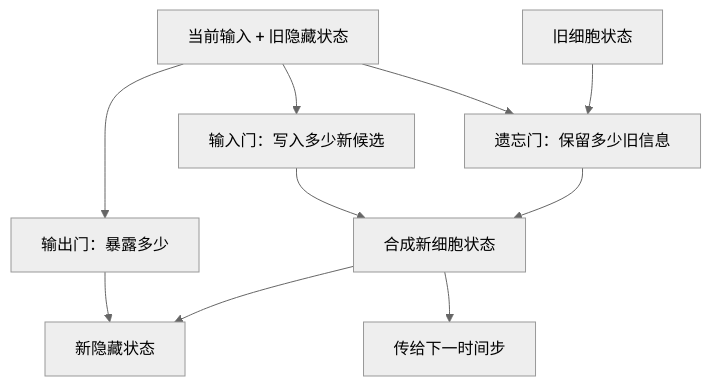
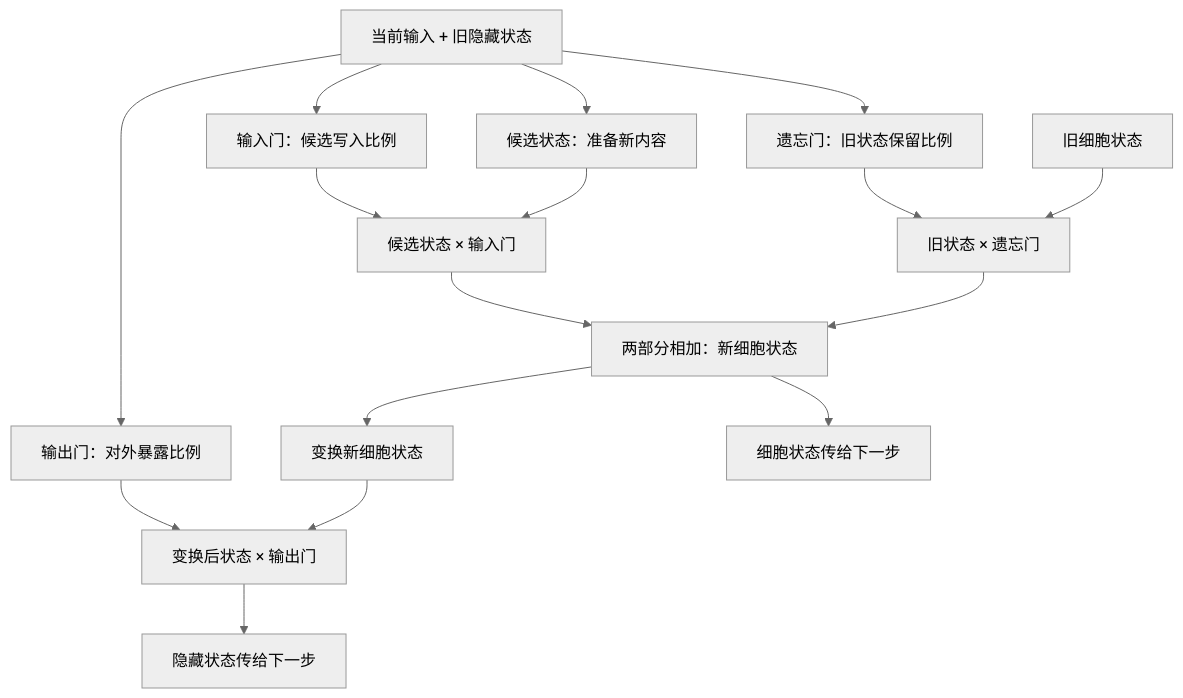
The first of 3 diagrams in course/09-模型算法图解/18-LSTM长短期记忆网络.md (chengzhang0528/LLMTrain), drawn with Mermaid (neutral theme) before and after one commit. The commit also changed other lines of this file and 39 other files, not shown here.

````diff
--- a/course/09-模型算法图解/18-LSTM长短期记忆网络.md
+++ b/course/09-模型算法图解/18-LSTM长短期记忆网络.md
@@ -11,12 +11,18 @@
 ```mermaid
 flowchart TB
-  C0["旧细胞状态"] --> F["遗忘门：保留多少旧信息"]
-  X["当前输入 + 旧隐藏状态"] --> F
-  X --> I["输入门：写入多少新候选"]
-  F --> C1["合成新细胞状态"]
-  I --> C1
-  X --> O["输出门：暴露多少"]
-  C1 --> H1["新隐藏状态"]
+  X["当前输入 + 旧隐藏状态"] --> F["遗忘门：旧状态保留比例"]
+  X --> I["输入门：候选写入比例"]
+  X --> G["候选状态：准备新内容"]
+  C0["旧细胞状态"] --> RF["旧状态 × 遗忘门"]
+  F --> RF
+  G --> WI["候选状态 × 输入门"]
+  I --> WI
+  RF --> C1["两部分相加：新细胞状态"]
+  WI --> C1
+  X --> O["输出门：对外暴露比例"]
+  C1 --> T["变换新细胞状态"]
+  T --> H1["变换后状态 × 输出门"]
   O --> H1
-  C1 --> NEXT["传给下一时间步"]
+  C1 --> NEXT["细胞状态传给下一步"]
+  H1 --> HNEXT["隐藏状态传给下一步"]
 ```
````
